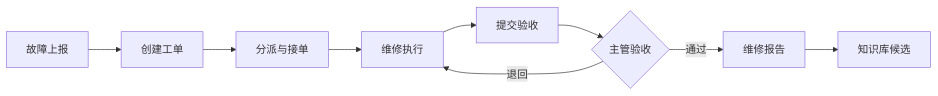
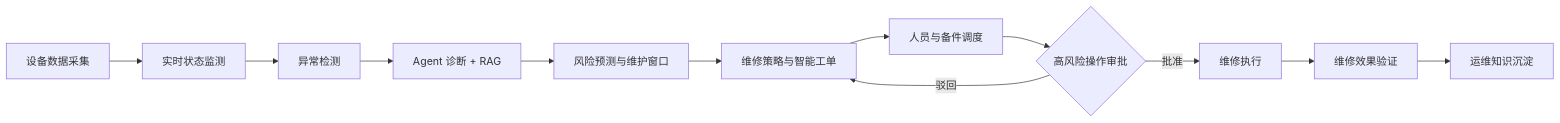
One commit to ten10do/industrial-maintenance-copilot changed the first of 2 diagrams in README.md. Above: the diagram before and after it, drawn with Mermaid. The commit also changed other lines of this file and 9 other files, not shown here.

Commit message:
docs: document intelligent maintenance platform architecture

````diff
--- a/README.md
+++ b/README.md
@@ -56,11 +72,14 @@
 ```mermaid
 flowchart LR
-    A["故障上报"] --> B["创建工单"]
-    B --> C["分派与接单"]
-    C --> D["维修执行"]
-    D --> E["提交验收"]
-    E --> F{"主管验收"}
-    F -->|通过| G["维修报告"]
-    F -->|退回| D
-    G --> H["知识库候选"]
+    A["设备数据采集"] --> B["实时状态监测"]
+    B --> C["异常检测"]
+    C --> D["Agent 诊断 + RAG"]
+    D --> E["风险预测与维护窗口"]
+    E --> F["维修策略与智能工单"]
+    F --> G["人员与备件调度"]
+    G --> H{"高风险操作审批"}
+    H -->|批准| I["维修执行"]
+    H -->|驳回| F
+    I --> J["维修效果验证"]
+    J --> K["运维知识沉淀"]
 ```
````
